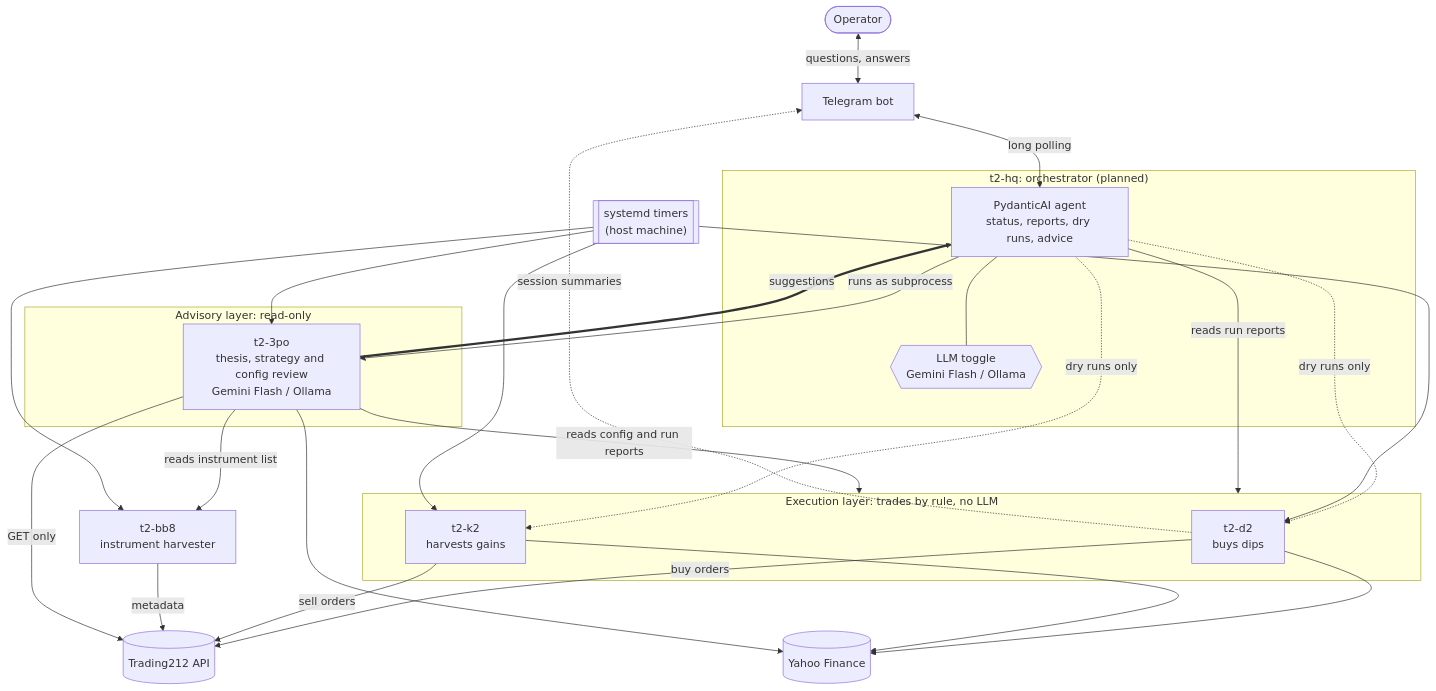
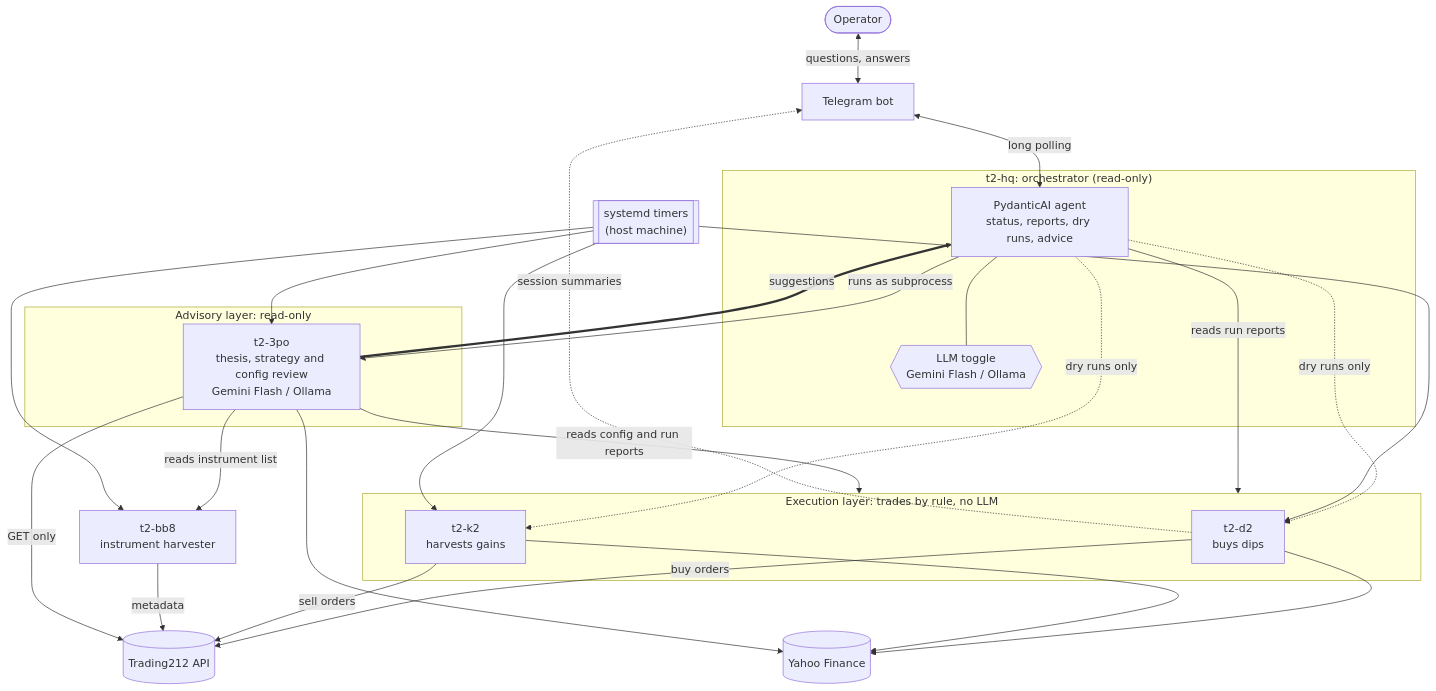
Before and after one commit to samlarsen1/t2-hq: the first of 3 diagrams in ARCHITECTURE.md, drawn with Mermaid. The commit also changed other lines of this file and 6 other files, not shown here.

````diff
--- a/ARCHITECTURE.md
+++ b/ARCHITECTURE.md
@@ -8,51 +7,51 @@
 ```mermaid
 flowchart TB
     op(["Operator"])
     tg["Telegram bot"]
 
-    subgraph hq["t2-hq: orchestrator (planned)"]
+    subgraph hq["t2-hq: orchestrator (read-only)"]
         agent["PydanticAI agent<br/>status, reports, dry runs, advice"]
         llm{{"LLM toggle<br/>Gemini Flash / Ollama"}}
         agent --- llm
     end
 
     subgraph advisory["Advisory layer: read-only"]
         c3po["t2-3po<br/>thesis, strategy and config review<br/>Gemini Flash / Ollama"]
     end
 
     subgraph exec["Execution layer: trades by rule, no LLM"]
         d2["t2-d2<br/>buys dips"]
         k2["t2-k2<br/>harvests gains"]
     end
 
     bb8["t2-bb8<br/>instrument harvester"]
 
     timers[["systemd timers<br/>(host machine)"]]
     t212[("Trading212 API")]
     yahoo[("Yahoo Finance")]
 
     op <-->|"questions, answers"| tg
     tg <-->|"long polling"| agent
 
     agent -->|"runs as subprocess"| c3po
     agent -.->|"dry runs only"| d2
     agent -.->|"dry runs only"| k2
     agent -->|"reads run reports"| exec
 
     c3po -->|"reads config and run reports"| exec
     c3po -->|"reads instrument list"| bb8
     c3po ==>|"suggestions"| agent
 
     timers --> d2
     timers --> k2
     timers --> bb8
     timers --> c3po
 
     d2 -->|"buy orders"| t212
     k2 -->|"sell orders"| t212
     bb8 -->|"metadata"| t212
     c3po -->|"GET only"| t212
     d2 & k2 & c3po --> yahoo
 
     d2 -.->|"session summaries"| tg
 ```
````
